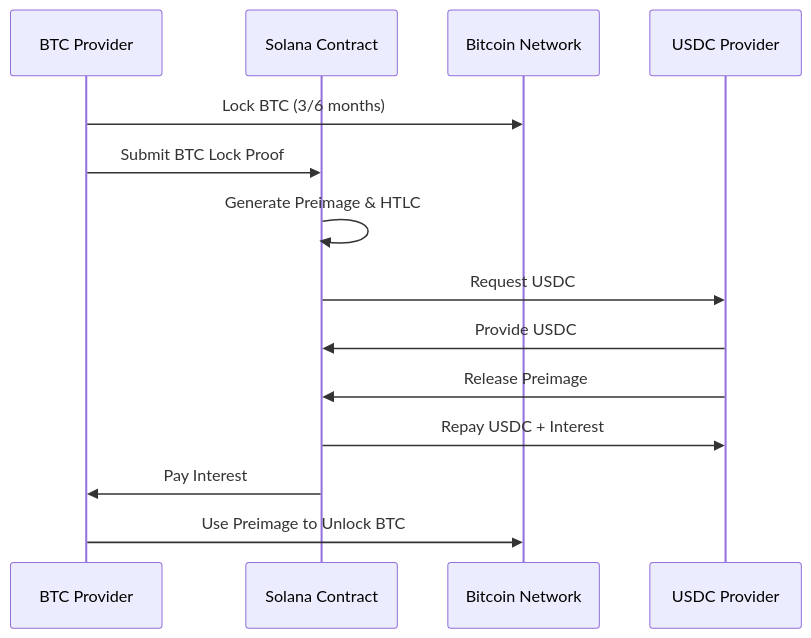
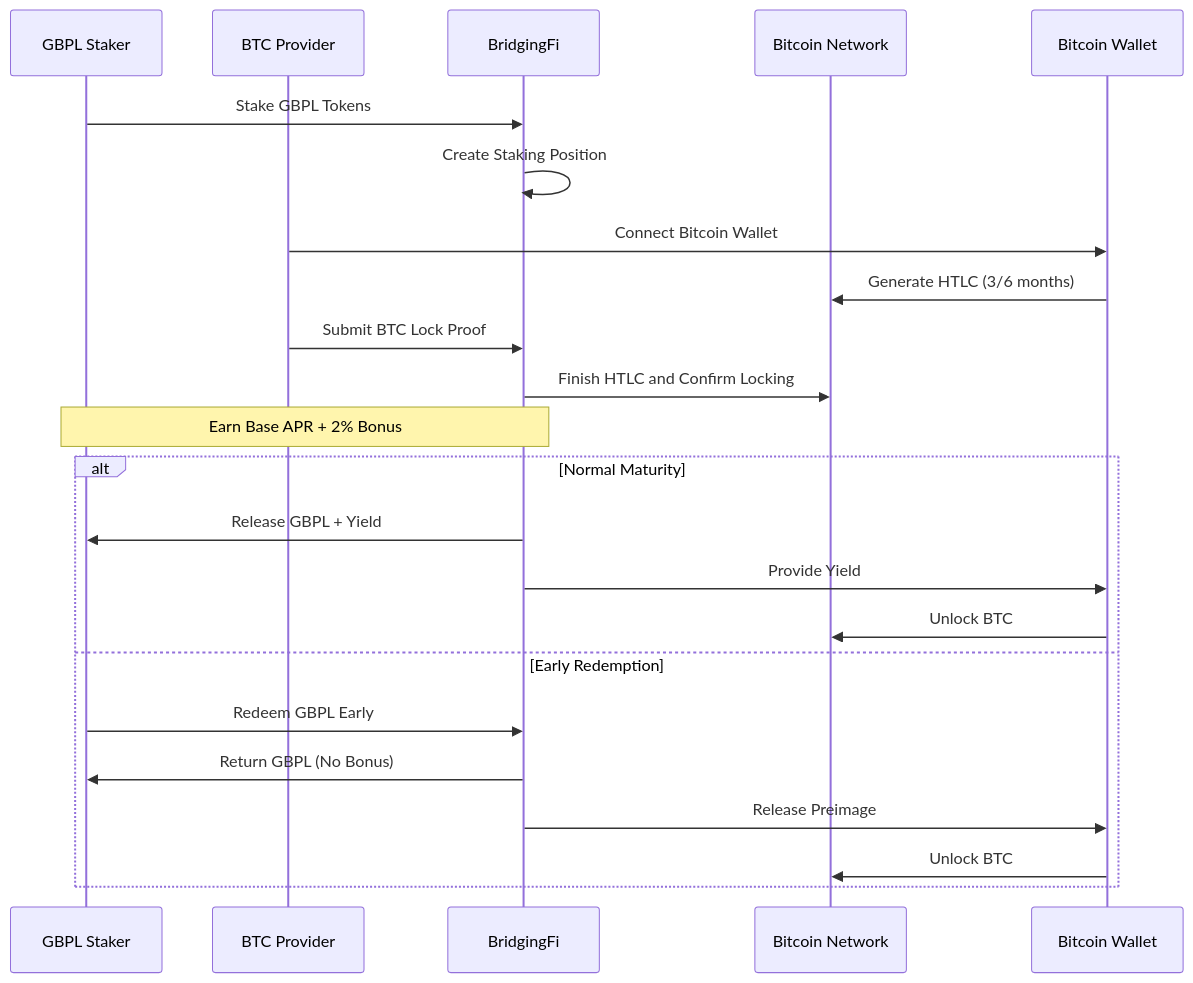
The third of 3 diagrams in README.md (BridgingFi/solpunk), drawn with Mermaid before and after one commit. The commit also changed other lines of this file and 17 other files, not shown here.

Commit message:
Bitcoin Dual staking mock.

````diff
--- a/README.md
+++ b/README.md
@@ -102,17 +113,26 @@
 ```mermaid
 sequenceDiagram
-    participant U as BTC Provider
-    participant S as Solana Contract
+    participant U as GBPL Staker
+    participant L as BTC Provider
+    participant S as BridgingFi
     participant B as Bitcoin Network
-    participant L as USDC Provider
+    participant W as Bitcoin Wallet
 
-    U->>B: Lock BTC (3/6 months)
-    U->>S: Submit BTC Lock Proof
-    S->>S: Generate Preimage & HTLC
-    S->>L: Request USDC
-    L->>S: Provide USDC
-    L->>S: Release Preimage
-    S->>L: Repay USDC + Interest
-    S->>U: Pay Interest
-    U->>B: Use Preimage to Unlock BTC
+    U->>S: Stake GBPL Tokens
+    S->>S: Create Staking Position
+    L->>W: Connect Bitcoin Wallet
+    W->>B: Generate HTLC (3/6 months)
+    L->>S: Submit BTC Lock Proof
+    S->>B: Finish HTLC and Confirm Locking
+    Note over U,S: Earn Base APR + 2% Bonus
+    alt Normal Maturity
+        S->>U: Release GBPL + Yield
+        S->>W: Provide Yield
+        W->>B: Unlock BTC
+    else Early Redemption
+        U->>S: Redeem GBPL Early
+        S->>U: Return GBPL (No Bonus)
+        S->>W: Release Preimage
+        W->>B: Unlock BTC
+    end
 ```
````
